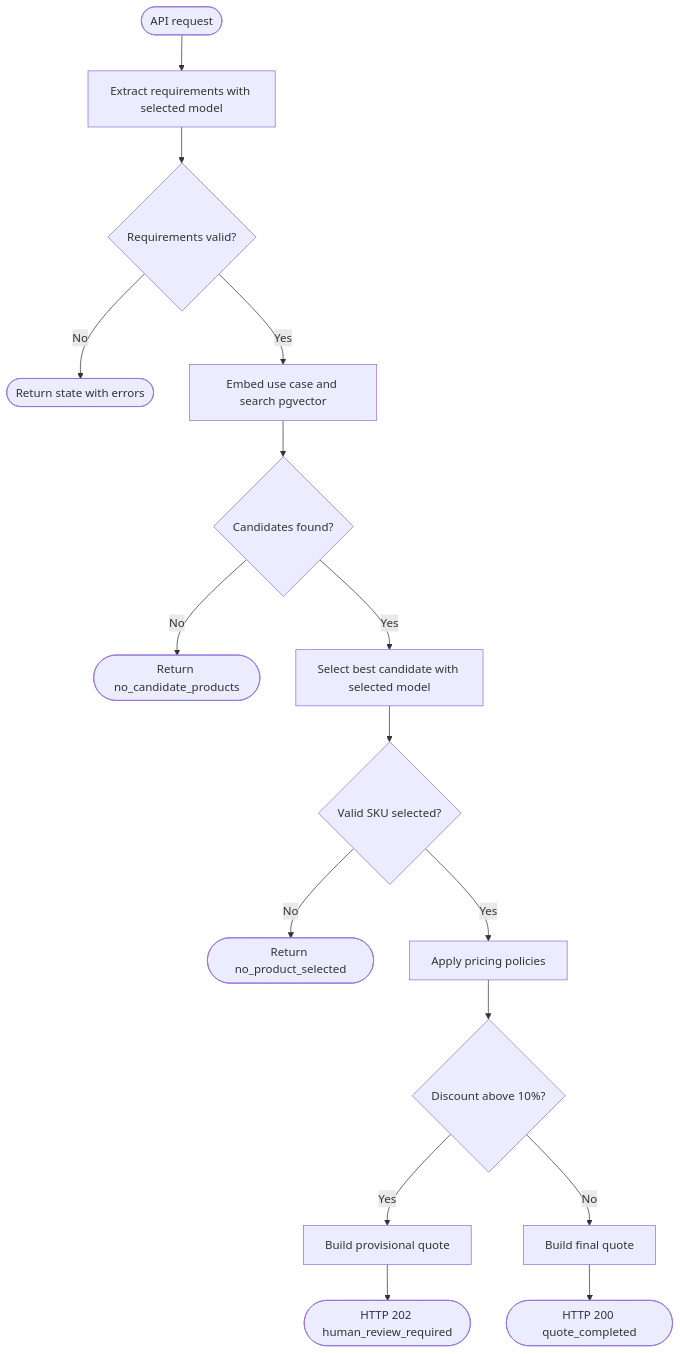
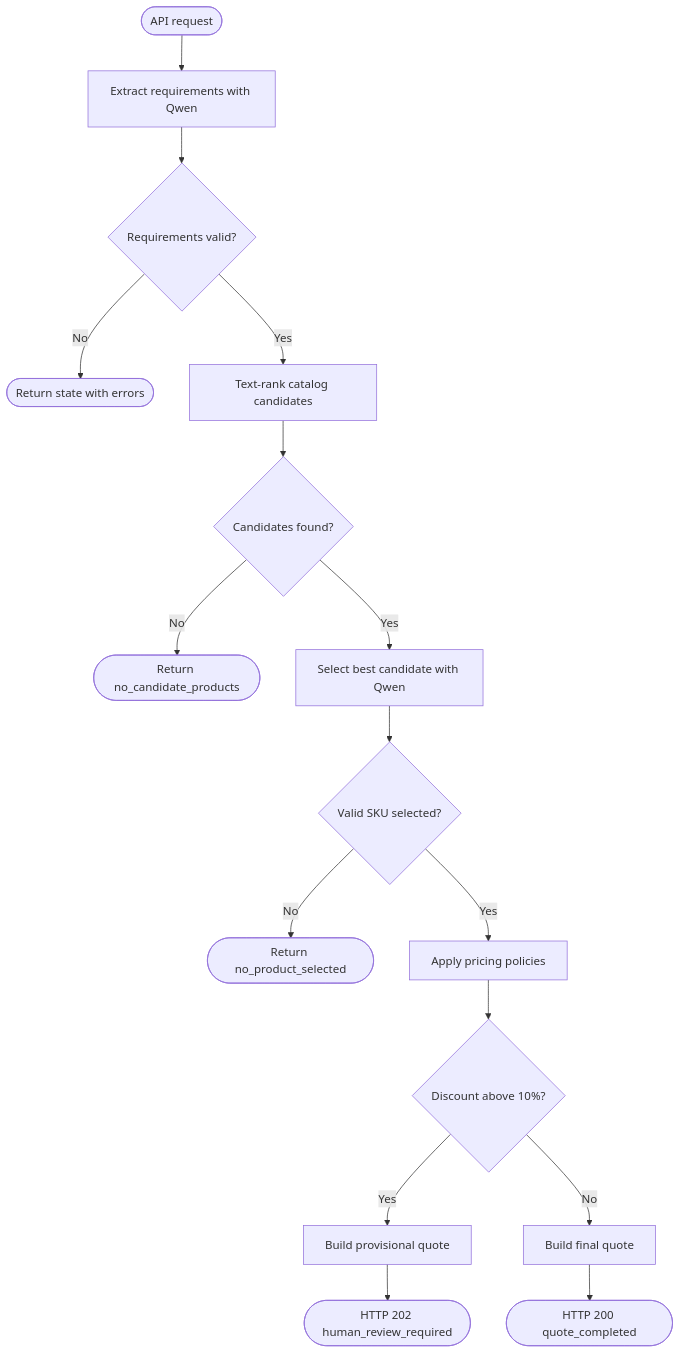
Before and after one commit to Nicolas-Arsenault/QuoteBench: the second of 2 diagrams in docs/architecture.md, drawn with Mermaid. The commit also changed other lines of this file and 9 other files, not shown here.

````diff
--- a/docs/architecture.md
+++ b/docs/architecture.md
@@ -47,18 +29,18 @@
 ```mermaid
 flowchart TD
-    Start([API request]) --> Extract[Extract requirements with selected model]
+    Start([API request]) --> Extract[Extract requirements with Qwen]
     Extract --> Valid{Requirements valid?}
     Valid -->|No| Invalid([Return state with errors])
-    Valid -->|Yes| Search[Embed use case and search pgvector]
+    Valid -->|Yes| Search[Text-rank catalog candidates]
     Search --> Found{Candidates found?}
     Found -->|No| NoProducts([Return no_candidate_products])
-    Found -->|Yes| Select[Select best candidate with selected model]
+    Found -->|Yes| Select[Select best candidate with Qwen]
     Select --> Selected{Valid SKU selected?}
     Selected -->|No| NoSelection([Return no_product_selected])
     Selected -->|Yes| Price[Apply pricing policies]
     Price --> Approval{Discount above 10%?}
     Approval -->|Yes| Human[Build provisional quote]
     Human --> Review([HTTP 202 human_review_required])
     Approval -->|No| Final[Build final quote]
     Final --> Complete([HTTP 200 quote_completed])
 ```
````
